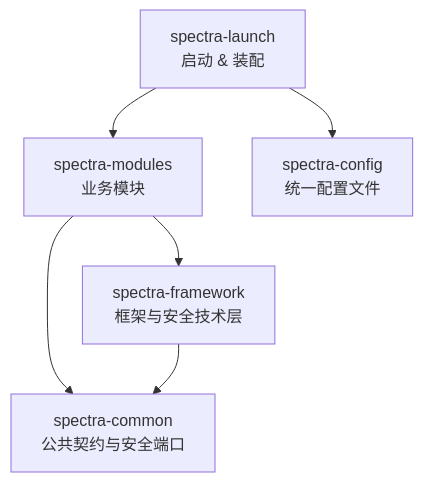
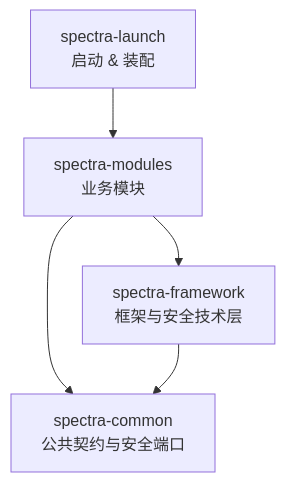
One commit to yangxj96/spectra-docs changed the diagram in docs/后端/10-后端模块/00-架构分层.md. Above: the diagram before and after it, drawn with Mermaid. The commit also changed other lines of this file and 24 other files, not shown here.

````diff
--- a/docs/后端/10-后端模块/00-架构分层.md
+++ b/docs/后端/10-后端模块/00-架构分层.md
@@ -13,14 +13,12 @@
 ```mermaid
 graph TB
     LAUNCH["spectra-launch<br/>启动 & 装配"]
     MODULES["spectra-modules<br/>业务模块"]
     FW["spectra-framework<br/>框架与安全技术层"]
     COMMON["spectra-common<br/>公共契约与安全端口"]
-    CONFIG["spectra-config<br/>统一配置文件"]
 
     LAUNCH --> MODULES
-    LAUNCH --> CONFIG
     MODULES --> FW
     MODULES --> COMMON
     FW --> COMMON
 ```
````
